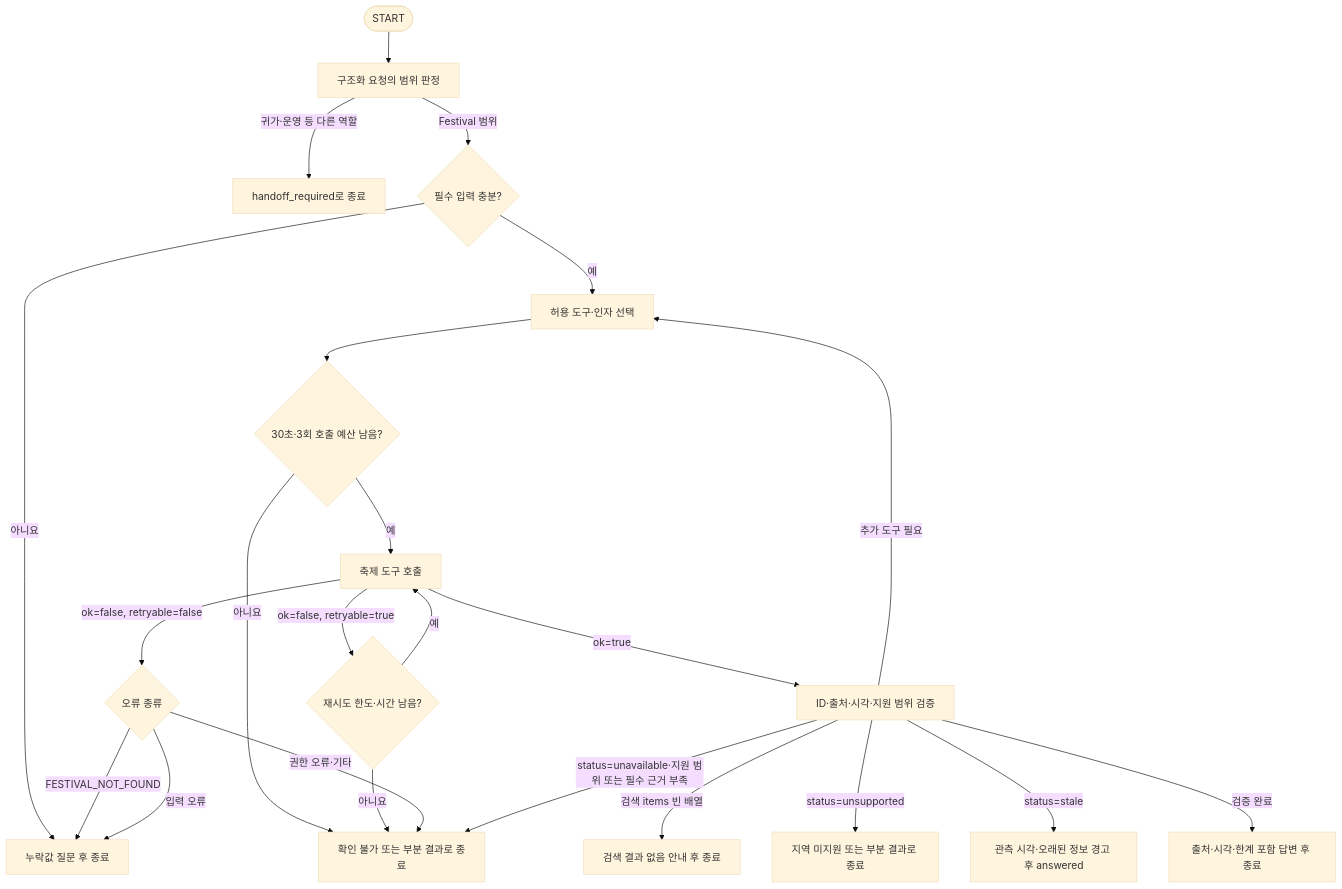
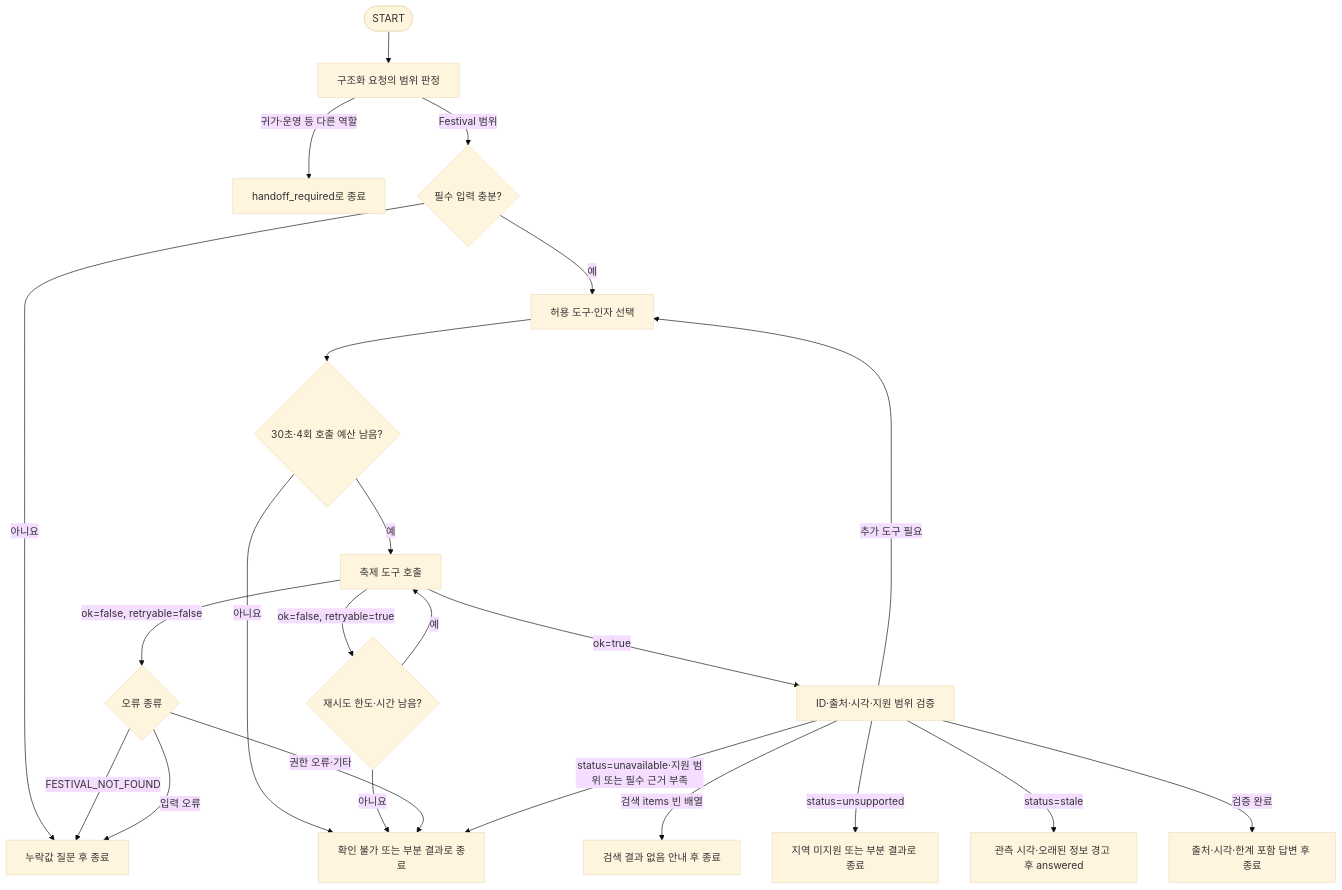
The diagram in Docs/Step 3/놀다가_단일_Festival_Agent_상태_전이_그래프_설계서_초안.md (yubeenjjang/Final3team), drawn with Mermaid (base theme) before and after one commit. The commit also changed other lines of this file and 2 other files, not shown here.

````diff
--- a/Docs/Step 3/놀다가_단일_Festival_Agent_상태_전이_그래프_설계서_초안.md
+++ b/Docs/Step 3/놀다가_단일_Festival_Agent_상태_전이_그래프_설계서_초안.md
@@ -15,25 +15,25 @@
 ```mermaid
 flowchart TD
     START([START]) --> I[구조화 요청의 범위 판정]
     I -->|귀가·운영 등 다른 역할| H[handoff_required로 종료]
     I -->|Festival 범위| S{필수 입력 충분?}
     S -->|아니요| Q[누락값 질문 후 종료]
     S -->|예| P[허용 도구·인자 선택]
-    P --> B{30초·3회 호출 예산 남음?}
+    P --> B{30초·4회 호출 예산 남음?}
     B -->|아니요| U[확인 불가 또는 부분 결과로 종료]
     B -->|예| T[축제 도구 호출]
     T -->|ok=true| V[ID·출처·시각·지원 범위 검증]
     T -->|ok=false, retryable=true| R{재시도 한도·시간 남음?}
     R -->|예| T
     R -->|아니요| U
     T -->|ok=false, retryable=false| E{오류 종류}
     E -->|FESTIVAL_NOT_FOUND| Q
     E -->|입력 오류| Q
     E -->|권한 오류·기타| U
     V -->|검색 items 빈 배열| Z[검색 결과 없음 안내 후 종료]
     V -->|status=unsupported| X[지역 미지원 또는 부분 결과로 종료]
     V -->|status=stale| L[관측 시각·오래된 정보 경고 후 answered]
     V -->|status=unavailable·지원 범위 또는 필수 근거 부족| U
     V -->|추가 도구 필요| P
     V -->|검증 완료| A[출처·시각·한계 포함 답변 후 종료]
 ```
````
